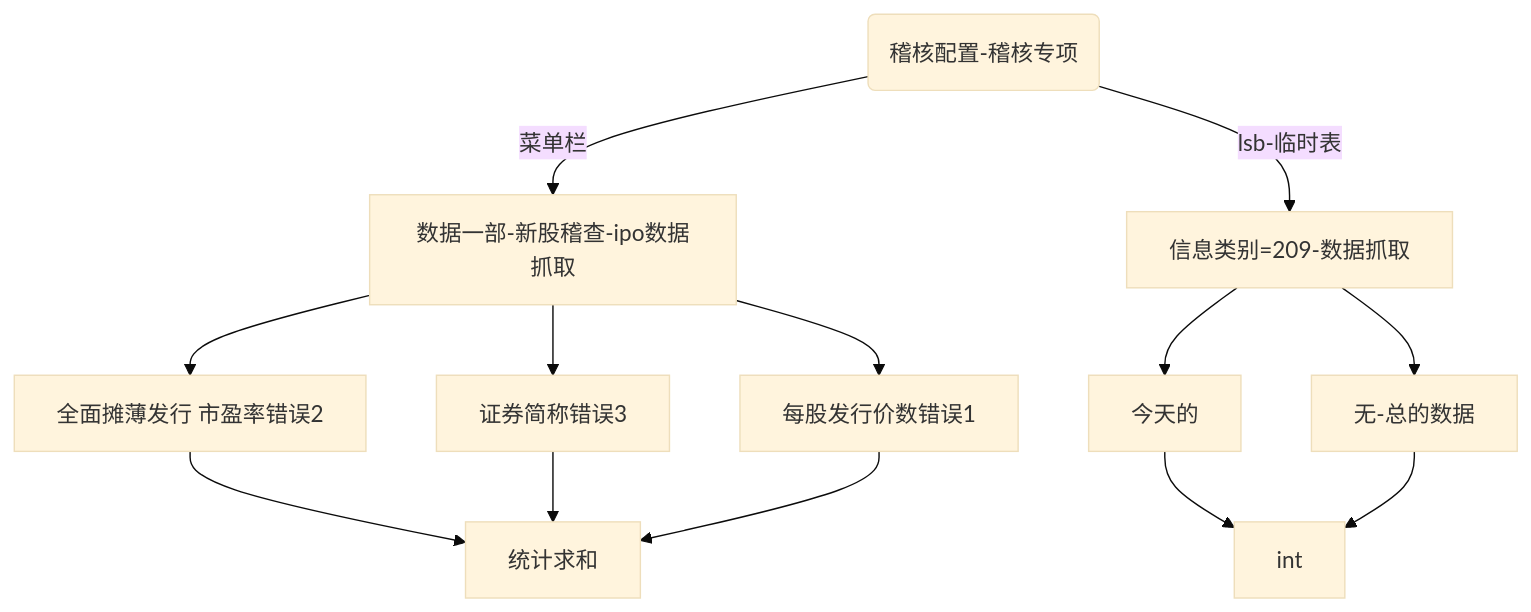
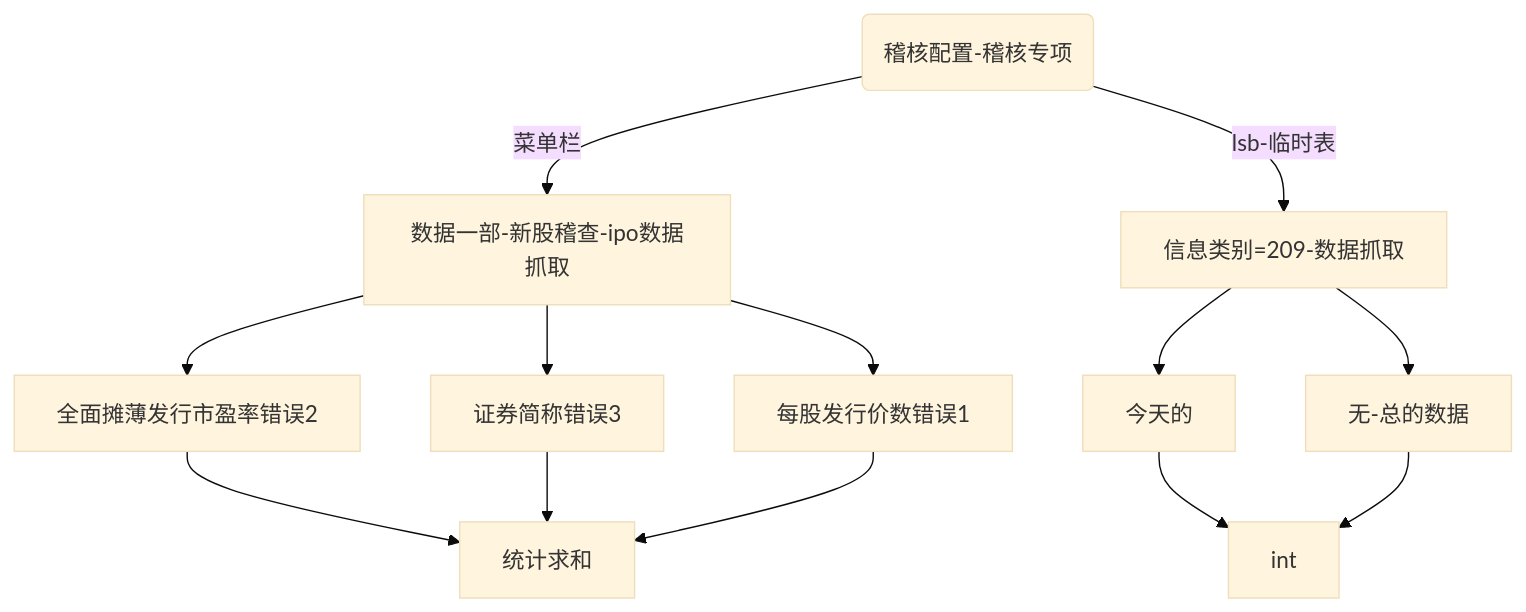
Before and after one commit to fibncci/fibncci.github.io: the diagram in _posts/2020-01-07-7：30.md, drawn with Mermaid (base theme). The commit also changed other lines of this file and 6 other files, not shown here.

````diff
--- a/_posts/2020-01-07-7：30.md
+++ b/_posts/2020-01-07-7：30.md
@@ -14,13 +14,13 @@
 ```mermaid
 graph TB
     Start(稽核配置-稽核专项) --> |菜单栏|Open[数据一部-新股稽查-ipo数据抓取]
     Start-->|lsb-临时表| open2[信息类别=209-数据抓取]
     Open --> Put[每股发行价数错误1]
-    Open --> Put1[全面摊薄发行 市盈率错误2] --> IsFit
+    Open --> Put1[全面摊薄发行市盈率错误2] --> IsFit
     Open --> Put2[证券简称错误3] --> IsFit
 	Put --> IsFit["统计求和"] 
 	
 	open2 --> put1[今天的]-->int
 	open2 --> put2[无-总的数据]-->int
     
 ```
````
